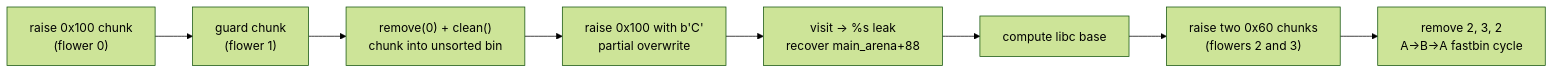
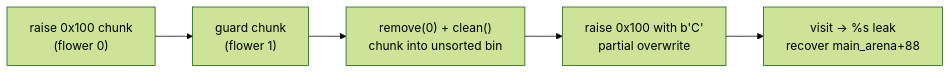
Before and after one commit to peterlim11123-lab/peterlim11123-lab.github.io: the first of 5 diagrams in _posts/2026-06-21-pwnable-tw-secretgarden.md, drawn with Mermaid (forest theme). The commit also changed other lines of this file, not shown here.

First line of the commit message:
Fix SecretGarden diagram: split into 4 phases with max 5 stages each

````diff
--- a/_posts/2026-06-21-pwnable-tw-secretgarden.md
+++ b/_posts/2026-06-21-pwnable-tw-secretgarden.md
@@ -55,10 +55,7 @@
 ```mermaid
 graph LR
     A["raise 0x100 chunk\n(flower 0)"] --> B["guard chunk\n(flower 1)"]
     B --> C["remove(0) + clean()\nchunk into unsorted bin"]
     C --> D["raise 0x100 with b'C'\npartial overwrite"]
     D --> E["visit → %s leak\nrecover main_arena+88"]
-    E --> F["compute libc base"]
-    F --> G["raise two 0x60 chunks\n(flowers 2 and 3)"]
-    G --> H["remove 2, 3, 2\nA→B→A fastbin cycle"]
 ```
````
